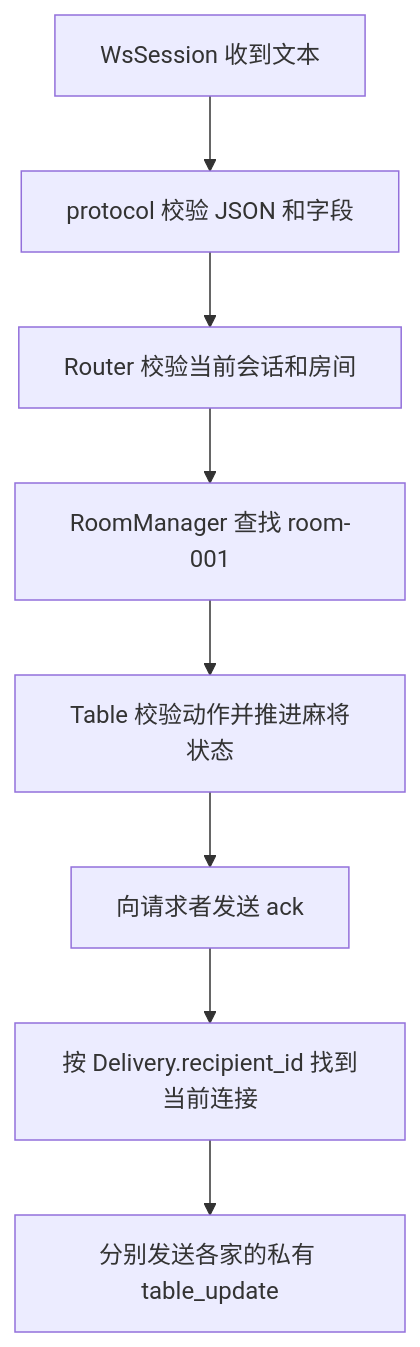
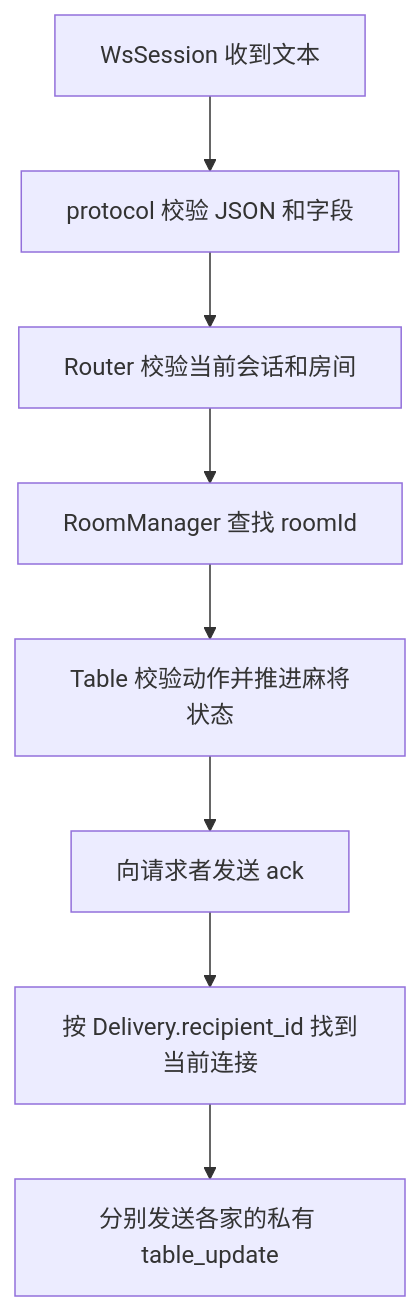
The diagram in docs/server-v1.md (aimyon-sama/GY_Majhong), drawn with Mermaid before and after one commit. The commit also changed other lines of this file and 24 other files, not shown here.

````diff
--- a/docs/server-v1.md
+++ b/docs/server-v1.md
@@ -9,10 +9,10 @@
 ```mermaid
 flowchart TD
     A[WsSession 收到文本] --> B[protocol 校验 JSON 和字段]
     B --> C[Router 校验当前会话和房间]
-    C --> D[RoomManager 查找 room-001]
+    C --> D[RoomManager 查找 roomId]
     D --> E[Table 校验动作并推进麻将状态]
     E --> F[向请求者发送 ack]
     F --> G[按 Delivery.recipient_id 找到当前连接]
     G --> H[分别发送各家的私有 table_update]
 ```
````
